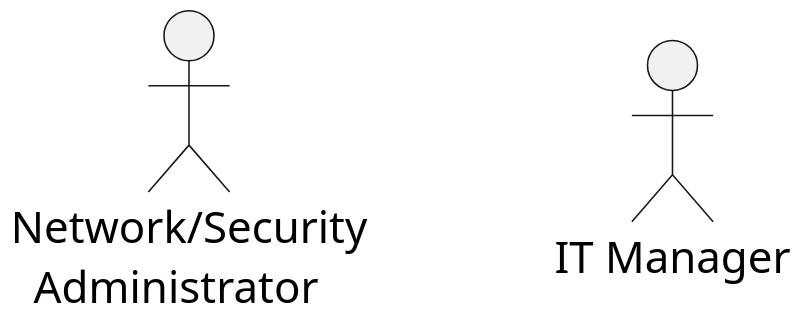
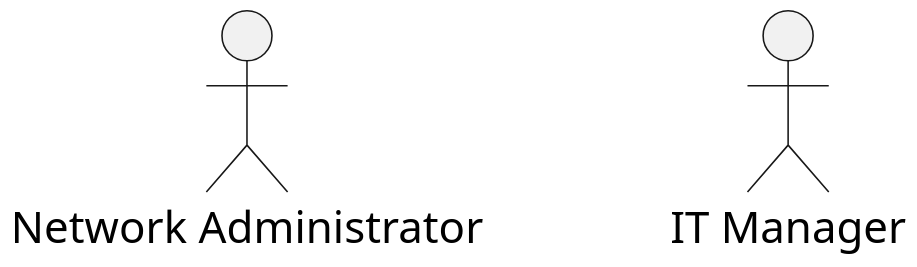
One commit to Amira-BOUAFIF/pfe-nids-report changed the diagram in diagrams/code/actors.puml. Above: the diagram before and after it, drawn with PlantUML. The commit also changed 31 other files, not shown here.

```diff
--- a/diagrams/code/actors.puml
+++ b/diagrams/code/actors.puml
@@ -1,12 +1,13 @@
-@startuml Actors
+@startuml actors
 skinparam dpi 300
 left to right direction
 
+
 ' Human actors
-actor "Network/Security\n  Administrator" as Admin
+actor "Network Administrator" as Admin
 actor "IT Manager" as ITM
 
 ' Force same horizontal alignment
 Admin -[hidden]-> ITM
 
 @enduml
```
